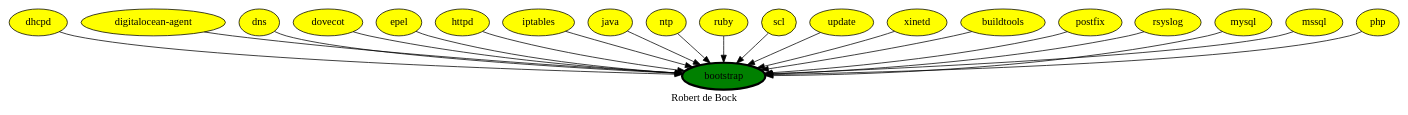
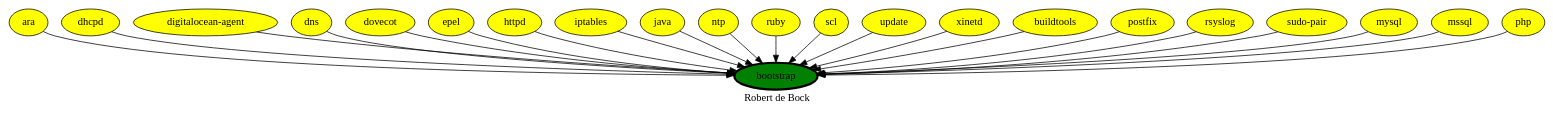
One commit to robertdebock/robertdebock.github.io changed the diagram in bootstrap.dot. Above: the diagram before and after it, drawn with Graphviz.

Commit message:
Adding sudo-pair and ara.

```diff
--- a/bootstrap.dot
+++ b/bootstrap.dot
@@ -1,28 +1,30 @@
 digraph PhiloDilemma {
   node [width=0.4];
   label = "Robert de Bock" ;
   overlap=false
   {
     bootstrap [fillcolor=green style=filled penwidth=3]
+    ara [fillcolor=yellow style=filled]
     dhcpd [fillcolor=yellow style=filled]
     "digitalocean-agent" [fillcolor=yellow style=filled]
     dns [fillcolor=yellow style=filled]
     dovecot [fillcolor=yellow style=filled]
     epel [fillcolor=yellow style=filled]    
     httpd [fillcolor=yellow style=filled]
     iptables [fillcolor=yellow style=filled]
     java [fillcolor=yellow style=filled]
     ntp [fillcolor=yellow style=filled]
     ruby [fillcolor=yellow style=filled]
     scl [fillcolor=yellow style=filled]
     update [fillcolor=yellow style=filled]
     xinetd [fillcolor=yellow style=filled]
     buildtools [fillcolor=yellow style=filled]
     postfix [fillcolor=yellow style=filled]
     rsyslog [fillcolor=yellow style=filled]
+    "sudo-pair" [fillcolor=yellow style=filled]
     mysql [fillcolor=yellow style=filled]
     mssql [fillcolor=yellow style=filled]
     php [fillcolor=yellow style=filled]
   }
-  {buildtools dhcpd "digitalocean-agent" dns dovecot epel httpd iptables java mysql mssql ntp php postfix rsyslog ruby scl update xinetd} -> bootstrap
+  {ara buildtools dhcpd "digitalocean-agent" dns dovecot epel httpd iptables java mysql mssql ntp php postfix rsyslog ruby scl "sudo-pair" update xinetd} -> bootstrap
 }
```
